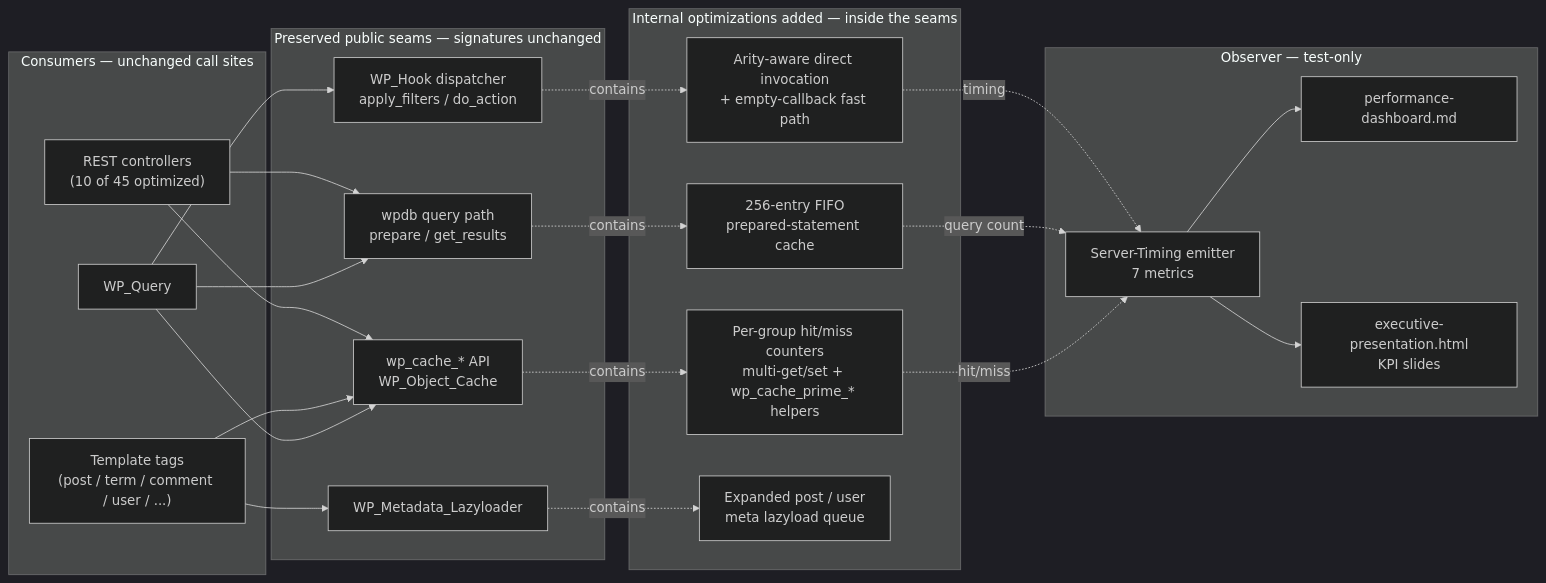
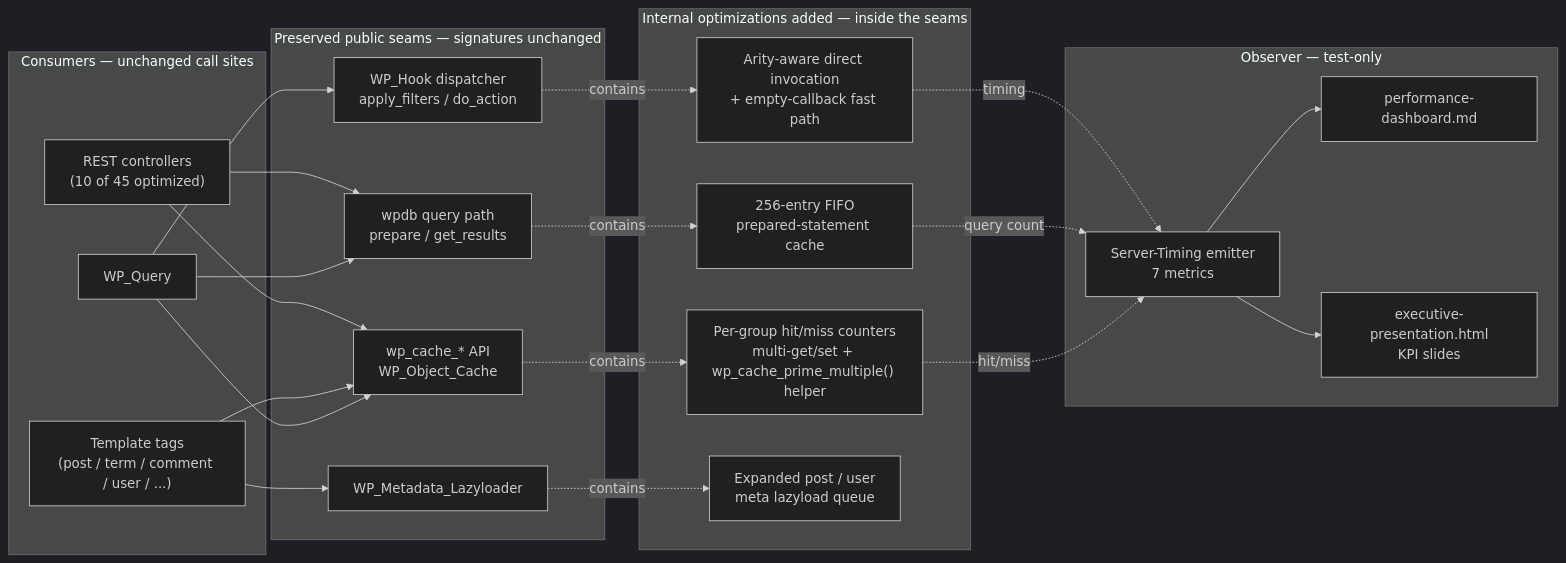
Before and after one commit to Blitzy-Sandbox/blitzy-wordpress: the fifth of 6 diagrams in docs/technical-specifications.md, drawn with Mermaid (dark theme). The commit also changed other lines of this file and 1 other file, not shown here.

First line of the commit message:
docs: correct cache-priming API references and make architecture diagram legends visible

````diff
--- a/docs/technical-specifications.md
+++ b/docs/technical-specifications.md
@@ -546,48 +546,48 @@
 ```mermaid
 graph LR
     %% LEGEND: "Preserved public seam" nodes = unchanged caller-facing API (before == after at the interface).
     %% "Internal optimization" nodes = new behavior added INSIDE a seam. Dotted "contains" edges link a seam to its added optimization.
     %% This is a preserved-vs-optimized (before/after) view, not a target-state-only diagram.
     subgraph Consumers["Consumers — unchanged call sites"]
         Q["WP_Query"]
         TT["Template tags<br/>(post / term / comment / user / ...)"]
         RESTC["REST controllers<br/>(10 of 45 optimized)"]
     end
 
     subgraph Seams["Preserved public seams — signatures unchanged"]
         HOOK["WP_Hook dispatcher<br/>apply_filters / do_action"]
         WPDB["wpdb query path<br/>prepare / get_results"]
         CACHE["wp_cache_* API<br/>WP_Object_Cache"]
         LAZY["WP_Metadata_Lazyloader"]
     end
 
     subgraph Internal["Internal optimizations added — inside the seams"]
         HOOKO["Arity-aware direct invocation<br/>+ empty-callback fast path"]
         WPDBO["256-entry FIFO<br/>prepared-statement cache"]
-        CACHEO["Per-group hit/miss counters<br/>multi-get/set + wp_cache_prime_* helpers"]
+        CACHEO["Per-group hit/miss counters<br/>multi-get/set + wp_cache_prime_multiple() helper"]
         LAZYO["Expanded post / user<br/>meta lazyload queue"]
     end
 
     subgraph Observer["Observer — test-only"]
         ST["Server-Timing emitter<br/>7 metrics"]
         DASH["performance-dashboard.md"]
         DECK["executive-presentation.html<br/>KPI slides"]
     end
 
     Q --> HOOK
     Q --> WPDB
     Q --> CACHE
     TT --> CACHE
     TT --> LAZY
     RESTC --> CACHE
     RESTC --> WPDB
     HOOK -.contains.-> HOOKO
     WPDB -.contains.-> WPDBO
     CACHE -.contains.-> CACHEO
     LAZY -.contains.-> LAZYO
     CACHEO -.hit/miss.-> ST
     WPDBO -.query count.-> ST
     HOOKO -.timing.-> ST
     ST --> DASH
     ST --> DECK
 ```
````
